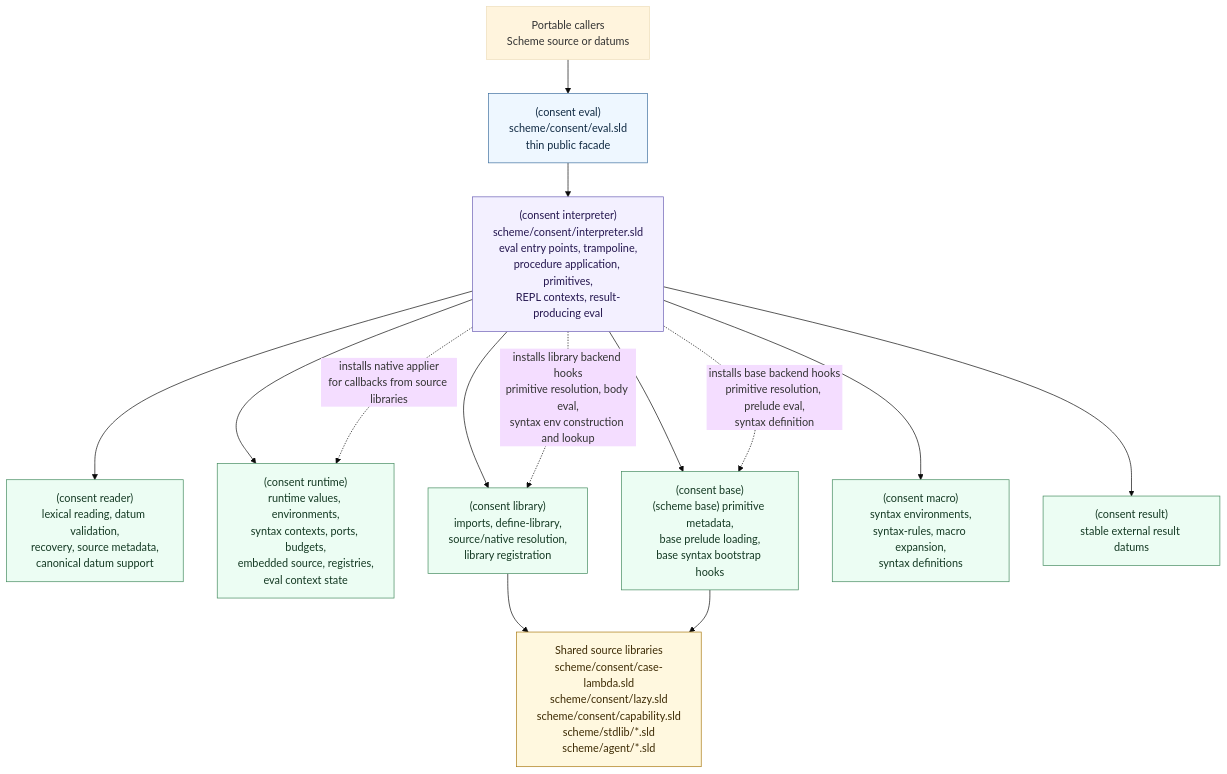
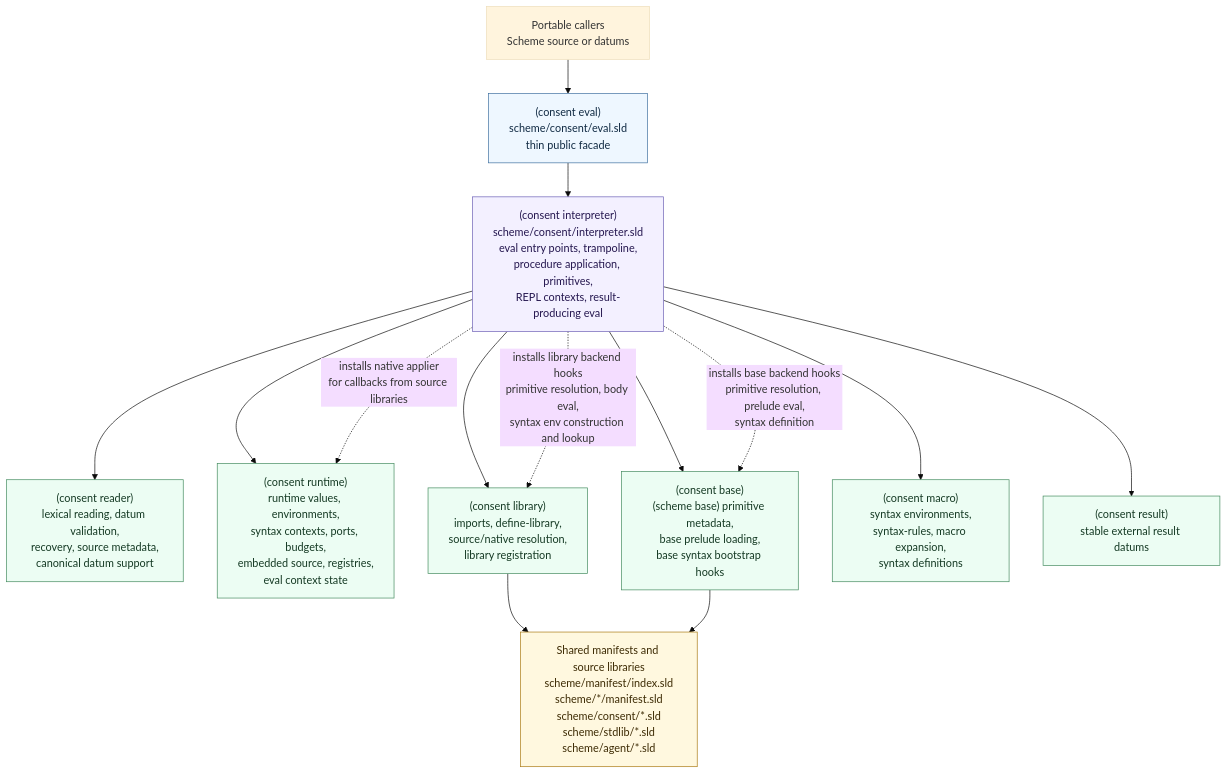
Before and after one commit to tahoma/agent-scheme: the first of 10 diagrams in docs/runtime-core-diagrams.md, drawn with Mermaid (base theme). The commit also changed 30 other files, not shown here.

````diff
--- a/docs/runtime-core-diagrams.md
+++ b/docs/runtime-core-diagrams.md
@@ -35,40 +35,40 @@
 ```mermaid
 flowchart TD
   user["Portable callers<br/>Scheme source or datums"]
 
   eval["(consent eval)<br/>scheme/consent/eval.sld<br/>thin public facade"]
   interpreter["(consent interpreter)<br/>scheme/consent/interpreter.sld<br/>eval entry points, trampoline,<br/>procedure application, primitives,<br/>REPL contexts, result-producing eval"]
 
   reader["(consent reader)<br/>lexical reading, datum validation,<br/>recovery, source metadata,<br/>canonical datum support"]
   runtime["(consent runtime)<br/>runtime values, environments,<br/>syntax contexts, ports, budgets,<br/>embedded source, registries,<br/>eval context state"]
   base["(consent base)<br/>(scheme base) primitive metadata,<br/>base prelude loading,<br/>base syntax bootstrap hooks"]
   library["(consent library)<br/>imports, define-library,<br/>source/native resolution,<br/>library registration"]
   macro["(consent macro)<br/>syntax environments,<br/>syntax-rules, macro expansion,<br/>syntax definitions"]
   result["(consent result)<br/>stable external result datums"]
 
-  shared["Shared source libraries<br/>scheme/consent/case-lambda.sld<br/>scheme/consent/lazy.sld<br/>scheme/consent/capability.sld<br/>scheme/stdlib/*.sld<br/>scheme/agent/*.sld"]
+  shared["Shared manifests and source libraries<br/>scheme/manifest/index.sld<br/>scheme/*/manifest.sld<br/>scheme/consent/*.sld<br/>scheme/stdlib/*.sld<br/>scheme/agent/*.sld"]
 
   user --> eval
   eval --> interpreter
   interpreter --> reader
   interpreter --> runtime
   interpreter --> result
   interpreter --> base
   interpreter --> library
   interpreter --> macro
   library --> shared
   base --> shared
 
   interpreter -. "installs base backend hooks<br/>primitive resolution, prelude eval,<br/>syntax definition" .-> base
   interpreter -. "installs library backend hooks<br/>primitive resolution, body eval,<br/>syntax env construction and lookup" .-> library
   interpreter -. "installs native applier<br/>for callbacks from source libraries" .-> runtime
 
   classDef facade fill:#eef7ff,stroke:#3d6f9f,color:#102a43
   classDef backend fill:#f3f0ff,stroke:#6b5fb5,color:#24164f
   classDef pass fill:#ecfdf3,stroke:#438a5e,color:#143923
   classDef source fill:#fff8df,stroke:#a97912,color:#3d2b04
   class eval facade
   class interpreter backend
   class reader,runtime,base,library,macro,result pass
   class shared source
 ```
````
